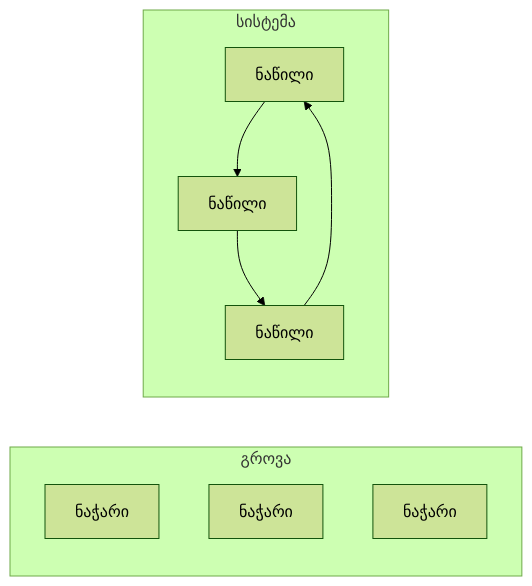
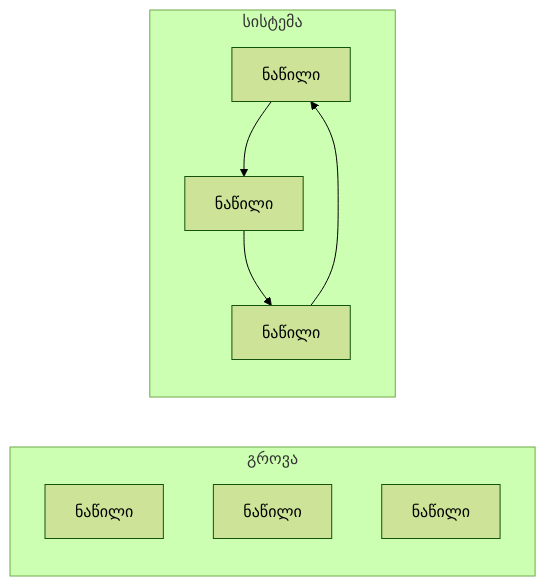
Before and after one commit to DavidTbilisi/BookSummary: the third of 13 diagrams in books/src/007.md, drawn with Mermaid (forest theme). The commit also changed other lines of this file, not shown here.

Commit message:
fix: update terminology in mermaid diagrams for clarity

````diff
--- a/books/src/007.md
+++ b/books/src/007.md
@@ -45,14 +45,14 @@
 ```mermaid
 flowchart LR
   subgraph Heap [გროვა]
-    H1[ნაჭარი]
-    H2[ნაჭარი]
-    H3[ნაჭარი]
+    H1[ნაწილი]
+    H2[ნაწილი]
+    H3[ნაწილი]
   end
 
   subgraph System [სისტემა]
     S1[ნაწილი] --> S2[ნაწილი]
     S2 --> S3[ნაწილი]
-    S3 --> S1
+    S3 --> S1[ნაწილი]
   end
 ```
````
